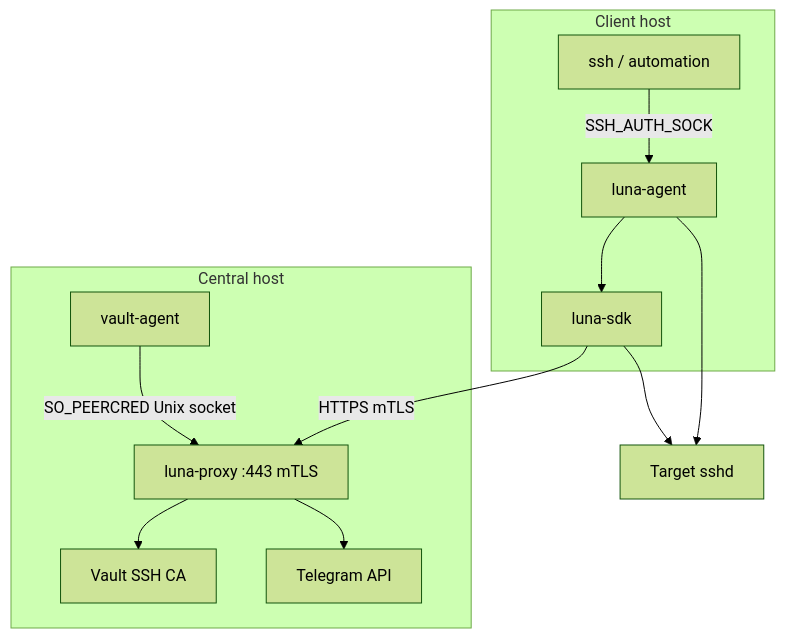
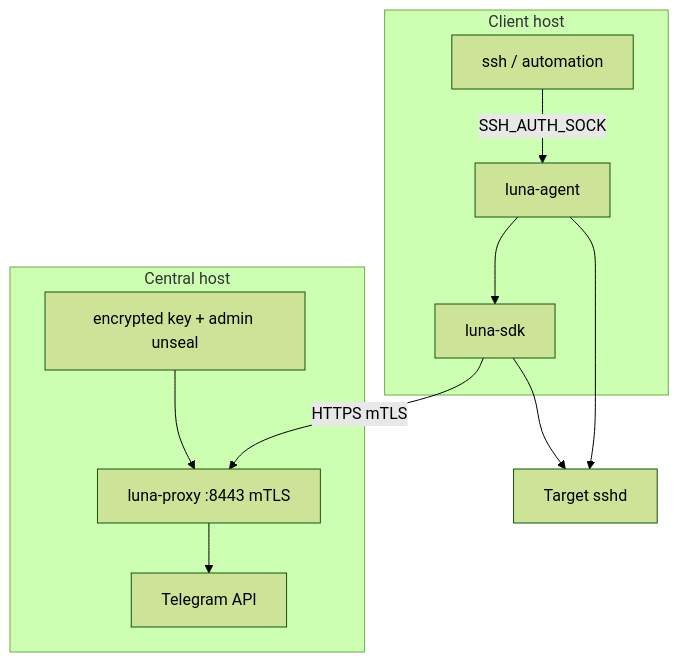
Before and after one commit to ba0f3/luna-ztrust: the diagram in README.md, drawn with Mermaid (forest theme). The commit also changed other lines of this file and 74 other files, not shown here.

First line of the commit message:
feat(proxy): self-hosted central server with keystore unseal and local signing

````diff
--- a/README.md
+++ b/README.md
@@ -17,22 +17,21 @@
 ```mermaid
 graph TD
     subgraph CENTRAL["Central host"]
-        VA["vault-agent"]
-        LP["luna-proxy :443 mTLS"]
-        VA -->|"SO_PEERCRED Unix socket"| LP
-        LP --> Vault["Vault SSH CA"]
+        LP["luna-proxy :8443 mTLS"]
+        KS["encrypted key + admin unseal"]
+        KS --> LP
         LP --> TG["Telegram API"]
     end
 
     subgraph CLIENT["Client host"]
         LA["luna-agent"]
         SDK["luna-sdk"]
         SSH["ssh / automation"]
         SSH -->|"SSH_AUTH_SOCK"| LA
         LA --> SDK
         SDK -->|"HTTPS mTLS"| LP
     end
 
     SDK --> Target["Target sshd"]
     LA --> Target
 ```
````
